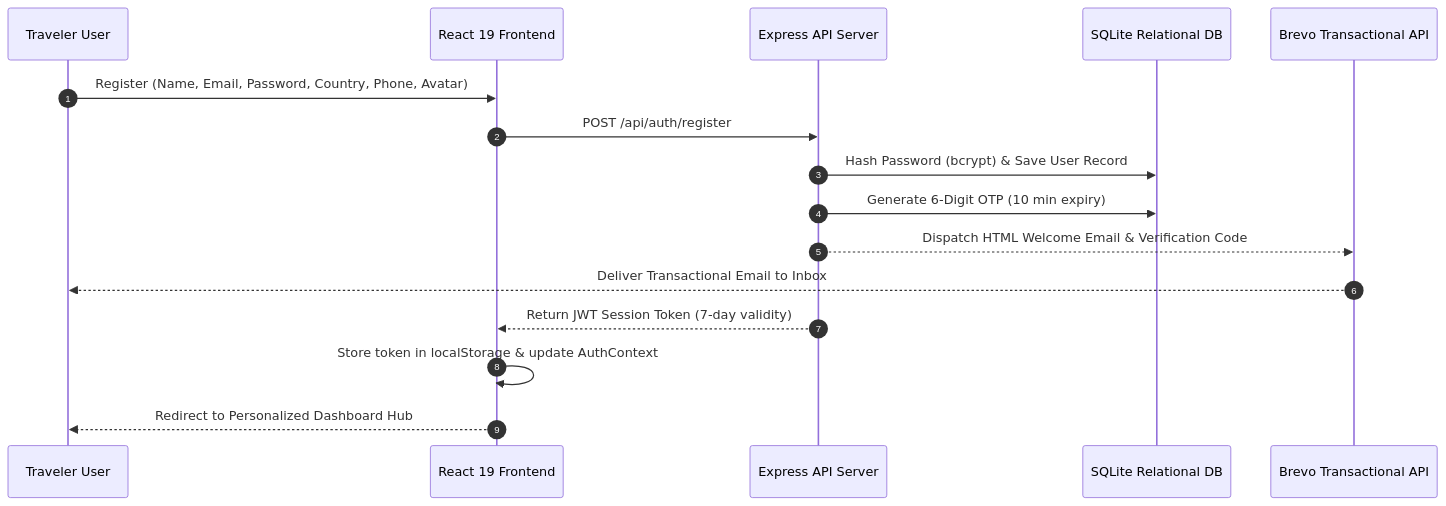
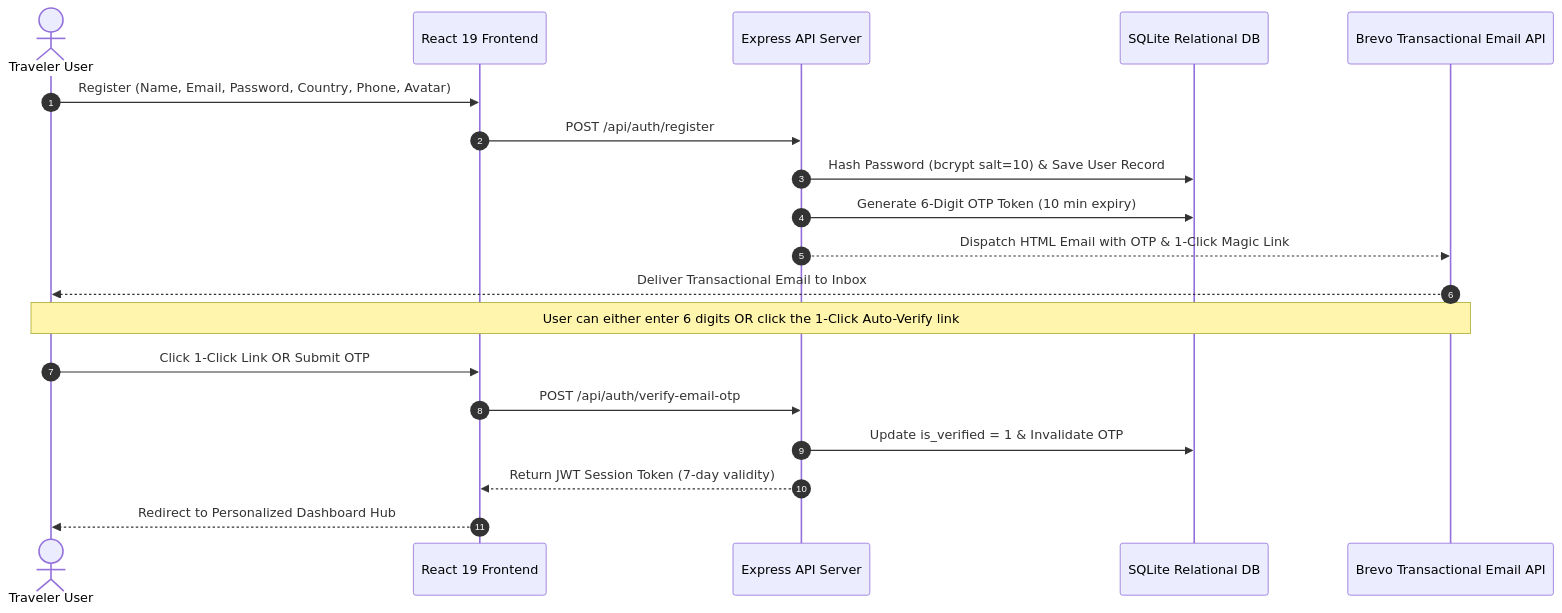
The fourth of 4 diagrams in README.md (anandK-S/GlobeTrotter), drawn with Mermaid before and after one commit. The commit also changed other lines of this file, not shown here.

Commit message:
docs: upgrade README with demo credentials, ER diagram, user journey flowcharts, Brevo 1-click verification architecture, and 14-screen matrix

````diff
--- a/README.md
+++ b/README.md
@@ -237,19 +281,22 @@
 ```mermaid
 sequenceDiagram
     autonumber
-    participant Traveler as Traveler User
+    actor Traveler as Traveler User
     participant Frontend as React 19 Frontend
     participant Backend as Express API Server
     participant DB as SQLite Relational DB
-    participant Brevo as Brevo Transactional API
+    participant Brevo as Brevo Transactional Email API
 
     Traveler->>Frontend: Register (Name, Email, Password, Country, Phone, Avatar)
     Frontend->>Backend: POST /api/auth/register
-    Backend->>DB: Hash Password (bcrypt) & Save User Record
-    Backend->>DB: Generate 6-Digit OTP (10 min expiry)
-    Backend-->>Brevo: Dispatch HTML Welcome Email & Verification Code
+    Backend->>DB: Hash Password (bcrypt salt=10) & Save User Record
+    Backend->>DB: Generate 6-Digit OTP Token (10 min expiry)
+    Backend-->>Brevo: Dispatch HTML Email with OTP & 1-Click Magic Link
     Brevo-->>Traveler: Deliver Transactional Email to Inbox
+    Note over Traveler,Brevo: User can either enter 6 digits OR click the 1-Click Auto-Verify link
+    Traveler->>Frontend: Click 1-Click Link OR Submit OTP
+    Frontend->>Backend: POST /api/auth/verify-email-otp
+    Backend->>DB: Update is_verified = 1 & Invalidate OTP
     Backend-->>Frontend: Return JWT Session Token (7-day validity)
-    Frontend->>Frontend: Store token in localStorage & update AuthContext
     Frontend-->>Traveler: Redirect to Personalized Dashboard Hub
 ```
````
